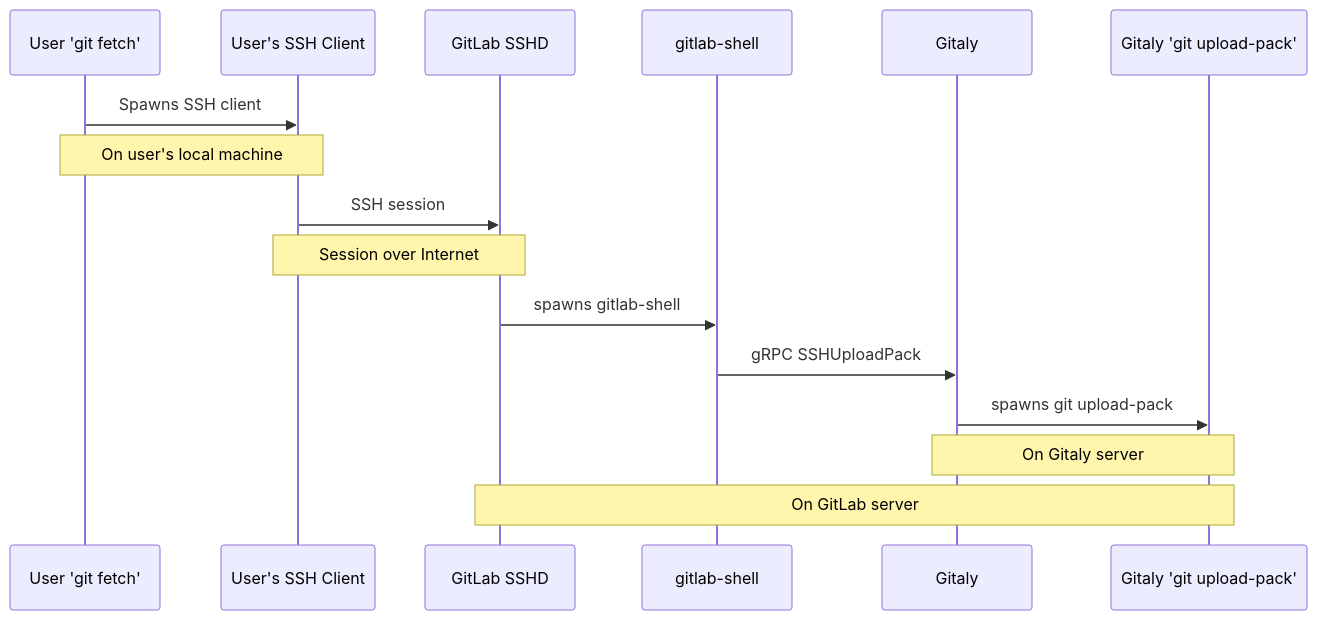
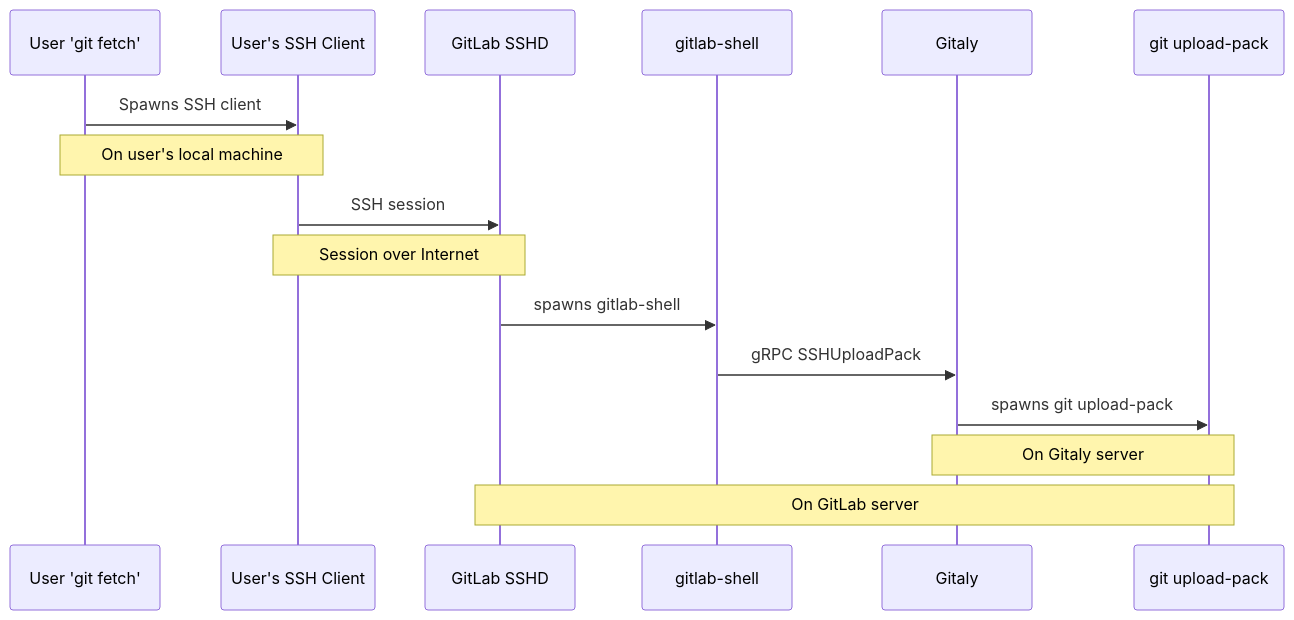
The first of 2 diagrams in cmd/gitaly-ssh/README.md (qeesung/gitaly), drawn with Mermaid before and after one commit. The commit also changed other lines of this file, not shown here.

````diff
--- a/cmd/gitaly-ssh/README.md
+++ b/cmd/gitaly-ssh/README.md
@@ -14,22 +14,22 @@
 ```mermaid
 sequenceDiagram
   participant UserGit as User 'git fetch'
   participant SSHClient as User's SSH Client
   participant SSHD as GitLab SSHD
   participant GitLabShell as gitlab-shell
   participant GitalyServer as Gitaly
-  participant GitalyGit as Gitaly 'git upload-pack'
+  participant GitalyGit as git upload-pack
 
   UserGit ->> SSHClient: Spawns SSH client
   Note over UserGit,SSHClient: On user's local machine
 
   SSHClient ->> SSHD: SSH session
   Note over SSHClient,SSHD: Session over Internet
 
   SSHD ->> GitLabShell: spawns gitlab-shell
   GitLabShell ->> GitalyServer: gRPC SSHUploadPack
   GitalyServer ->> GitalyGit: spawns git upload-pack
 
   Note over GitalyServer,GitalyGit: On Gitaly server
   Note over SSHD,GitalyGit: On GitLab server
 ```
````
